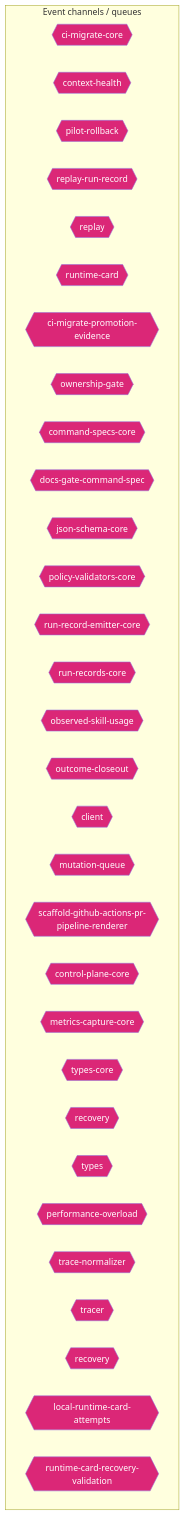
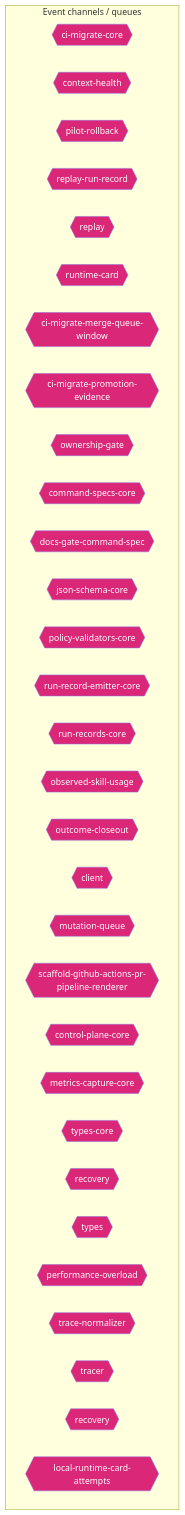
One commit to jscraik/coding-harness changed the ninth of 14 diagrams in AI/context/diagram-context.md. Above: the diagram before and after it, drawn with Mermaid. The commit also changed other lines of this file and 24 other files, not shown here.

````diff
--- a/AI/context/diagram-context.md
+++ b/AI/context/diagram-context.md
@@ -916,38 +926,38 @@
 ```mermaid
 flowchart TD
   subgraph Channels["Event channels / queues"]
     ci_migrate_core_7005b5af{{"ci-migrate-core"}}
     context_health_80bb7da9{{"context-health"}}
     pilot_rollback_00c1f82c{{"pilot-rollback"}}
     replay_run_record_9a08cce2{{"replay-run-record"}}
     replay_ac203c98{{"replay"}}
     runtime_card_e06b53e1{{"runtime-card"}}
+    ci_migrate_merge_queue_window_0070bd6d{{"ci-migrate-merge-queue-window"}}
     ci_migrate_promotion_evidence_1a2dc527{{"ci-migrate-promotion-evidence"}}
     ownership_gate_2e194d13{{"ownership-gate"}}
     command_specs_core_1c0ffc99{{"command-specs-core"}}
     docs_gate_command_spec_16795187{{"docs-gate-command-spec"}}
     json_schema_core_96d7e328{{"json-schema-core"}}
     policy_validators_core_714a3fe7{{"policy-validators-core"}}
     run_record_emitter_core_688049d5{{"run-record-emitter-core"}}
     run_records_core_89286dfa{{"run-records-core"}}
     observed_skill_usage_ed7d5930{{"observed-skill-usage"}}
     outcome_closeout_ba497ec2{{"outcome-closeout"}}
     client_948fe603{{"client"}}
     mutation_queue_ce5a530e{{"mutation-queue"}}
     scaffold_github_actions_pr_pipeline_renderer_1ee18de5{{"scaffold-github-actions-pr-pipeline-renderer"}}
     control_plane_core_db3b4cb2{{"control-plane-core"}}
     metrics_capture_core_db4bf7cf{{"metrics-capture-core"}}
     types_core_1_8bd0f8fd{{"types-core"}}
     recovery_8c585378{{"recovery"}}
     types_14_fe7507be{{"types"}}
     performance_overload_c685bfcf{{"performance-overload"}}
     trace_normalizer_cb1be1d2{{"trace-normalizer"}}
     tracer_1e6243a2{{"tracer"}}
     recovery_1_4d1804ab{{"recovery"}}
     local_runtime_card_attempts_28aa46ea{{"local-runtime-card-attempts"}}
-    runtime_card_recovery_validation_e216d883{{"runtime-card-recovery-validation"}}
   end
   classDef eventNode fill:#db2777,color:#fff
-  class ci_migrate_core_7005b5af,context_health_80bb7da9,pilot_rollback_00c1f82c,replay_run_record_9a08cce2,replay_ac203c98,runtime_card_e06b53e1,ci_migrate_promotion_evidence_1a2dc527,ownership_gate_2e194d13,command_specs_core_1c0ffc99,docs_gate_command_spec_16795187,json_schema_core_96d7e328,policy_validators_core_714a3fe7,run_record_emitter_core_688049d5,run_records_core_89286dfa,observed_skill_usage_ed7d5930,outcome_closeout_ba497ec2,client_948fe603,mutation_queue_ce5a530e,scaffold_github_actions_pr_pipeline_renderer_1ee18de5,control_plane_core_db3b4cb2,metrics_capture_core_db4bf7cf,types_core_1_8bd0f8fd,recovery_8c585378,types_14_fe7507be,performance_overload_c685bfcf,trace_normalizer_cb1be1d2,tracer_1e6243a2,recovery_1_4d1804ab,local_runtime_card_attempts_28aa46ea,runtime_card_recovery_validation_e216d883 eventNode
+  class ci_migrate_core_7005b5af,context_health_80bb7da9,pilot_rollback_00c1f82c,replay_run_record_9a08cce2,replay_ac203c98,runtime_card_e06b53e1,ci_migrate_merge_queue_window_0070bd6d,ci_migrate_promotion_evidence_1a2dc527,ownership_gate_2e194d13,command_specs_core_1c0ffc99,docs_gate_command_spec_16795187,json_schema_core_96d7e328,policy_validators_core_714a3fe7,run_record_emitter_core_688049d5,run_records_core_89286dfa,observed_skill_usage_ed7d5930,outcome_closeout_ba497ec2,client_948fe603,mutation_queue_ce5a530e,scaffold_github_actions_pr_pipeline_renderer_1ee18de5,control_plane_core_db3b4cb2,metrics_capture_core_db4bf7cf,types_core_1_8bd0f8fd,recovery_8c585378,types_14_fe7507be,performance_overload_c685bfcf,trace_normalizer_cb1be1d2,tracer_1e6243a2,recovery_1_4d1804ab,local_runtime_card_attempts_28aa46ea eventNode
 
 ```
````
